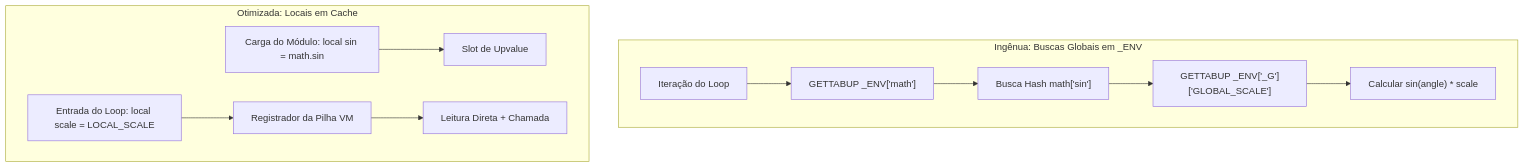
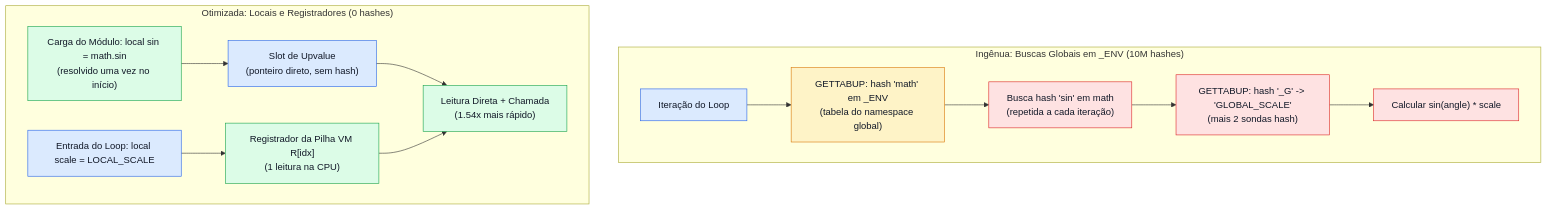
The diagram in lessons/LocalsVsGlobals/Tutorial/pt-br.md (LevyArsOS/lua-lessons), drawn with Mermaid before and after one commit. The commit also changed other lines of this file and 5 other files, not shown here.

First line of the commit message:
docs(tutorials): upgrade ArrayVsHash, ClosureReuse, and LocalsVsGlobals diagrams

````diff
--- a/lessons/LocalsVsGlobals/Tutorial/pt-br.md
+++ b/lessons/LocalsVsGlobals/Tutorial/pt-br.md
@@ -47,15 +47,21 @@
 ```mermaid
 flowchart TD
-    subgraph Naive["Ingênua: Buscas Globais em _ENV"]
-        L1["Iteração do Loop"] --> G1["GETTABUP _ENV['math']"]
-        G1 --> G2["Busca Hash math['sin']"]
-        G2 --> G3["GETTABUP _ENV['_G']['GLOBAL_SCALE']"]
-        G3 --> C1["Calcular sin(angle) * scale"]
+    classDef slow fill:#fee2e2,stroke:#dc2626,color:#111827
+    classDef fast fill:#dcfce7,stroke:#16a34a,color:#111827
+    classDef vm fill:#dbeafe,stroke:#2563eb,color:#111827
+    classDef warn fill:#fef3c7,stroke:#d97706,color:#111827
+
+    subgraph Naive["Ingênua: Buscas Globais em _ENV (10M hashes)"]
+        L1["Iteração do Loop"]:::vm --> G1["GETTABUP: hash 'math' em _ENV<br/>(tabela do namespace global)"]:::warn
+        G1 --> G2["Busca hash 'sin' em math<br/>(repetida a cada iteração)"]:::slow
+        G2 --> G3["GETTABUP: hash '_G' -> 'GLOBAL_SCALE'<br/>(mais 2 sondas hash)"]:::slow
+        G3 --> C1["Calcular sin(angle) * scale"]:::slow
     end
 
-    subgraph Optimized["Otimizada: Locais em Cache"]
-        Init["Carga do Módulo: local sin = math.sin"] --> Up["Slot de Upvalue"]
-        L2["Entrada do Loop: local scale = LOCAL_SCALE"] --> Reg["Registrador da Pilha VM"]
-        Reg --> C2["Leitura Direta + Chamada"]
+    subgraph Optimized["Otimizada: Locais e Registradores (0 hashes)"]
+        Init["Carga do Módulo: local sin = math.sin<br/>(resolvido uma vez no início)"]:::fast --> Up["Slot de Upvalue<br/>(ponteiro direto, sem hash)"]:::vm
+        L2["Entrada do Loop: local scale = LOCAL_SCALE"]:::vm --> Reg["Registrador da Pilha VM R[idx]<br/>(1 leitura na CPU)"]:::fast
+        Up --> C2["Leitura Direta + Chamada<br/>(1.54x mais rápido)"]:::fast
+        Reg --> C2
     end
 ```
````
